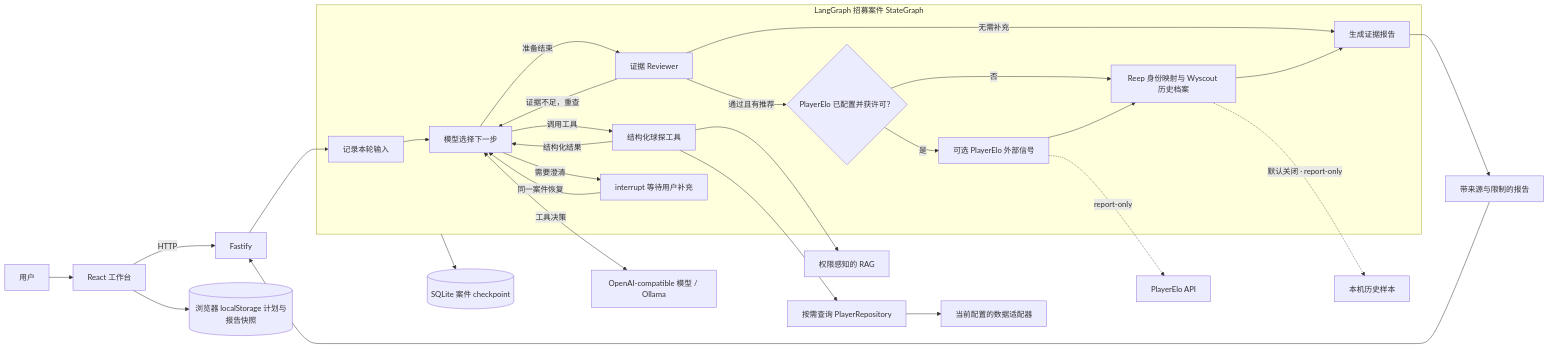
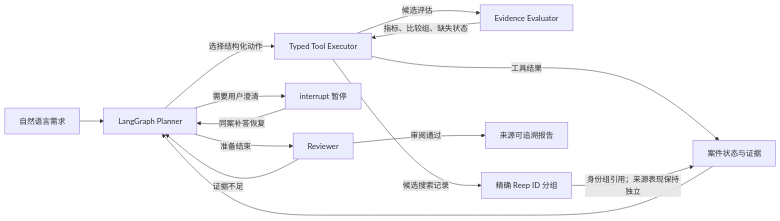
The diagram in README.md (ZlatanCN/tactic-scout), drawn with Mermaid before and after one commit. The commit also changed other lines of this file and 430 other files, not shown here.

````diff
--- a/README.md
+++ b/README.md
@@ -30,42 +18,16 @@
 ```mermaid
 flowchart LR
-  User[用户] --> Web[React 工作台]
-  Web -->|HTTP| API[Fastify]
-  API --> Turn
-
-  subgraph Graph[LangGraph 招募案件 StateGraph]
-    Turn[记录本轮输入]
-    Decide[模型选择下一步]
-    Tools[结构化球探工具]
-    Review[证据 Reviewer]
-    Wait[interrupt 等待用户补充]
-    Gate{PlayerElo 已配置并获许可？}
-    Elo[可选 PlayerElo 外部信号]
-    Archive[Reep 身份映射与 Wyscout 历史档案]
-    Deliver[生成证据报告]
-    Turn --> Decide
-    Decide -->|调用工具| Tools
-    Tools -->|结构化结果| Decide
-    Decide -->|需要澄清| Wait
-    Wait -->|同一案件恢复| Decide
-    Decide -->|准备结束| Review
-    Review -->|证据不足，重查| Decide
-    Review -->|通过且有推荐| Gate
-    Review -->|无需补充| Deliver
-    Gate -->|是| Elo
-    Gate -->|否| Archive
-    Elo --> Archive
-    Archive --> Deliver
-  end
-
-  Decide <-->|工具决策| Model[OpenAI-compatible 模型 / Ollama]
-  Tools --> Repo[按需查询 PlayerRepository]
-  Repo --> Source[当前配置的数据适配器]
-  Tools --> RAG[权限感知的 RAG]
-  Elo -. report-only .-> PlayerElo[PlayerElo API]
-  Archive -. 默认关闭 · report-only .-> Wyscout[本机历史样本]
-  Deliver --> Report[带来源与限制的报告]
-  Report --> API
-  Graph --> Checkpoint[(SQLite 案件 checkpoint)]
-  Web --> Plans[(浏览器 localStorage 计划与报告快照)]
+  U[自然语言需求] --> P[LangGraph Planner]
+  P -->|选择结构化动作| T[Typed Tool Executor]
+  T -->|候选评估| E[Evidence Evaluator]
+  E -->|指标、比较组、缺失状态| T
+  T -->|工具结果| S[案件状态与证据]
+  T -->|候选搜索记录| G[精确 Reep ID 分组]
+  G -->|身份组引用；来源表现保持独立| S
+  S --> P
+  P -->|需要用户澄清| I[interrupt 暂停]
+  I -->|同案补答恢复| P
+  P -->|准备结束| R[Reviewer]
+  R -->|证据不足| P
+  R -->|审阅通过| O[来源可追溯报告]
 ```
````
